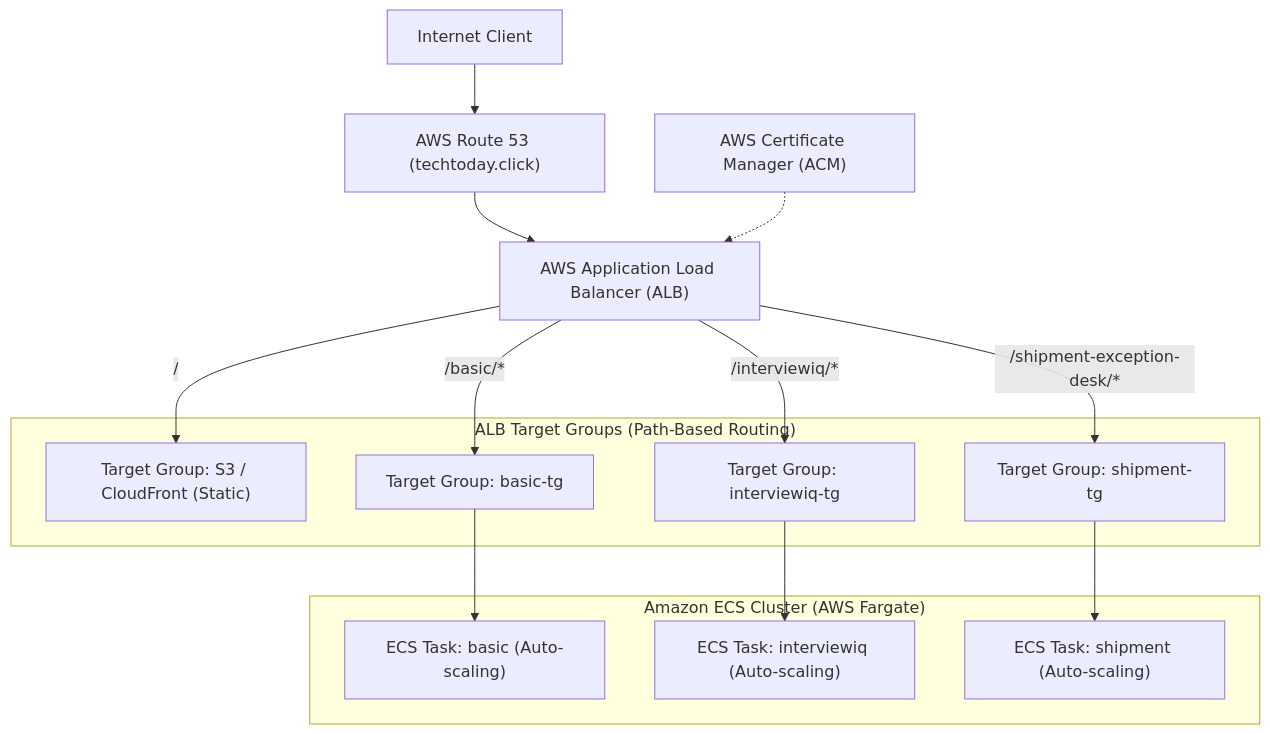
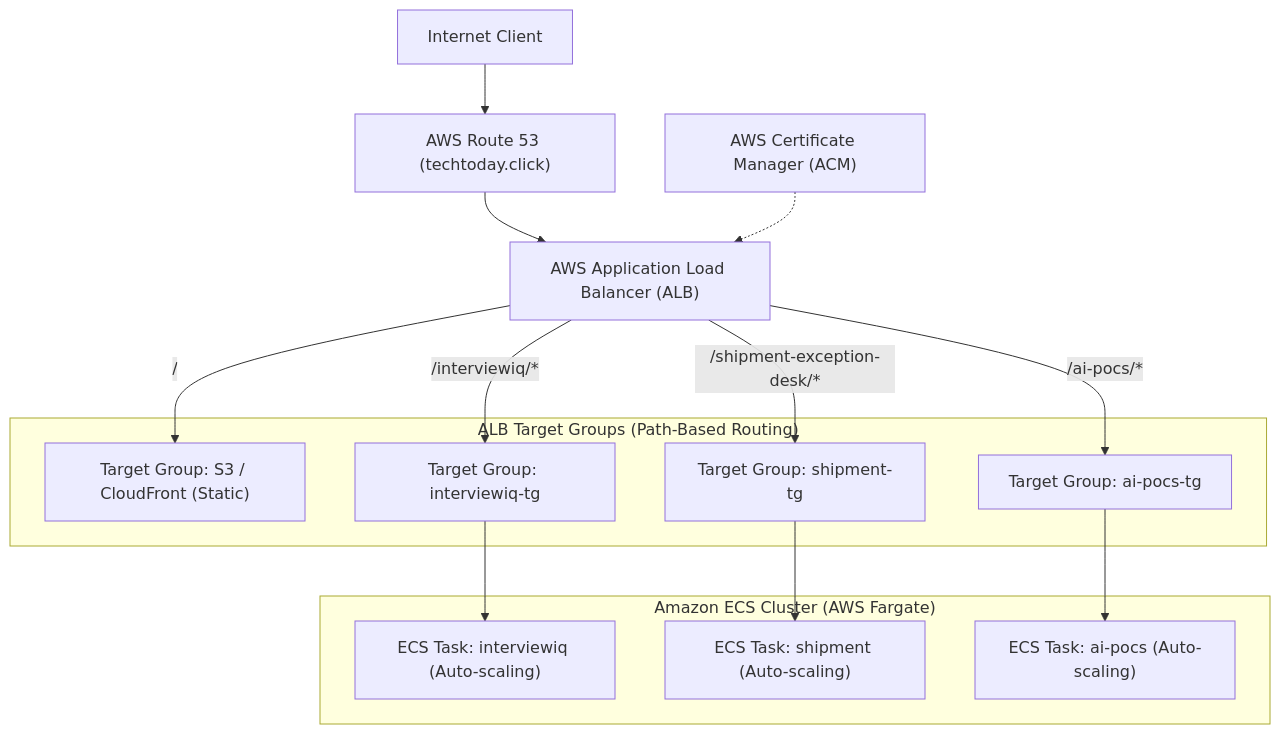
The eighth of 8 diagrams in projects/ARCHITECTURE.md (pankajspace/ai), drawn with Mermaid before and after one commit. The commit also changed other lines of this file and 257 other files, not shown here.

````diff
--- a/projects/ARCHITECTURE.md
+++ b/projects/ARCHITECTURE.md
@@ -1100,28 +1014,28 @@
 ```mermaid
 flowchart TD
     Client["Internet Client"]
     R53["AWS Route 53 (techtoday.click)"]
     ACM["AWS Certificate Manager (ACM)"]
     ALB["AWS Application Load Balancer (ALB)"]
 
     subgraph TargetGroups["ALB Target Groups (Path-Based Routing)"]
         TG_Static["Target Group: S3 / CloudFront (Static)"]
-        TG_Basic["Target Group: basic-tg"]
         TG_Interview["Target Group: interviewiq-tg"]
         TG_Shipment["Target Group: shipment-tg"]
+        TG_Pocs["Target Group: ai-pocs-tg"]
     end
 
     subgraph ECS_Cluster["Amazon ECS Cluster (AWS Fargate)"]
-        Task_Basic["ECS Task: basic (Auto-scaling)"]
         Task_Interview["ECS Task: interviewiq (Auto-scaling)"]
         Task_Shipment["ECS Task: shipment (Auto-scaling)"]
+        Task_Pocs["ECS Task: ai-pocs (Auto-scaling)"]
     end
 
     Client --> R53
     R53 --> ALB
     ACM -.-> ALB
-    ALB -- "/basic/*" --> TG_Basic --> Task_Basic
     ALB -- "/interviewiq/*" --> TG_Interview --> Task_Interview
     ALB -- "/shipment-exception-desk/*" --> TG_Shipment --> Task_Shipment
+    ALB -- "/ai-pocs/*" --> TG_Pocs --> Task_Pocs
     ALB -- "/" --> TG_Static
 ```
````
